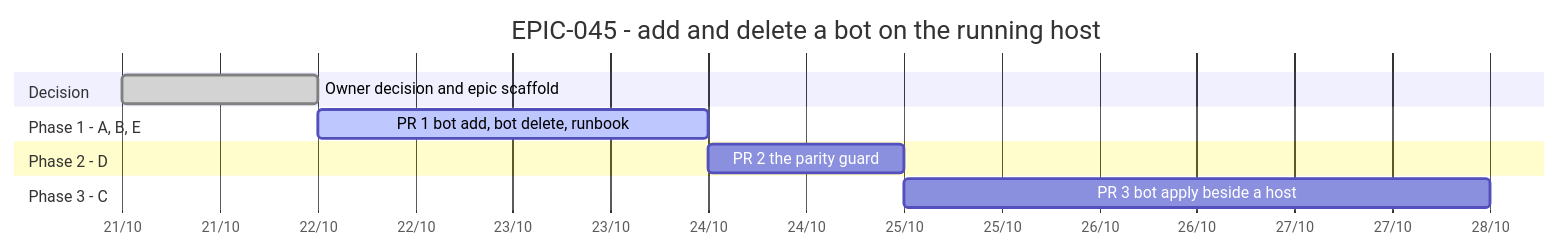
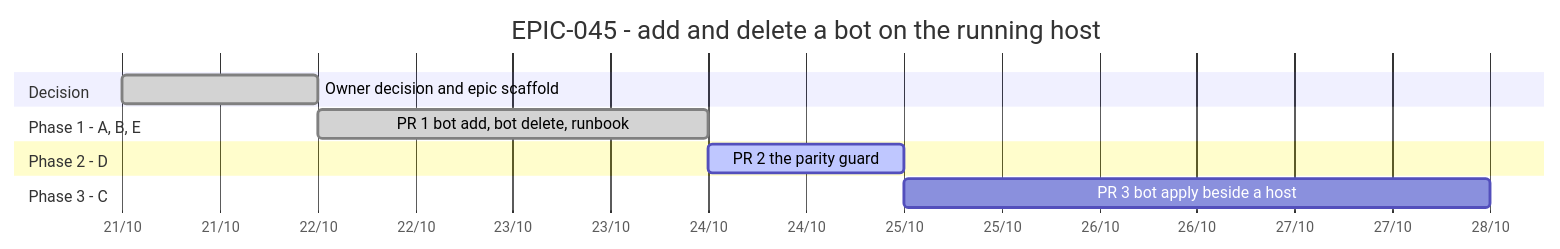
Before and after one commit to anhembedded/Sagittarius_Elite_Warrior: the diagram in Tasks/epics/EPIC-045_bots_added_and_deleted_at_runtime/TRACKING.md, drawn with Mermaid. The commit also changed other lines of this file and 10 other files, not shown here.

````diff
--- a/Tasks/epics/EPIC-045_bots_added_and_deleted_at_runtime/TRACKING.md
+++ b/Tasks/epics/EPIC-045_bots_added_and_deleted_at_runtime/TRACKING.md
@@ -11,19 +11,19 @@
 ```mermaid
 gantt
     title EPIC-045 - add and delete a bot on the running host
     dateFormat  YYYY-MM-DD
     axisFormat  %d/%m
     todayMarker stroke-width:2px,stroke:#d33,opacity:0.6
 
     section Decision
     Owner decision and epic scaffold      :done,    s1, 2026-10-21, 1d
 
     section Phase 1 - A, B, E
-    PR 1 bot add, bot delete, runbook     :active,  p1, after s1, 2d
+    PR 1 bot add, bot delete, runbook     :done,    p1, after s1, 2d
 
     section Phase 2 - D
-    PR 2 the parity guard                 :         p2, after p1, 1d
+    PR 2 the parity guard                 :active,  p2, after p1, 1d
 
     section Phase 3 - C
     PR 3 bot apply beside a host          :         p3, after p2, 3d
 ```
````
